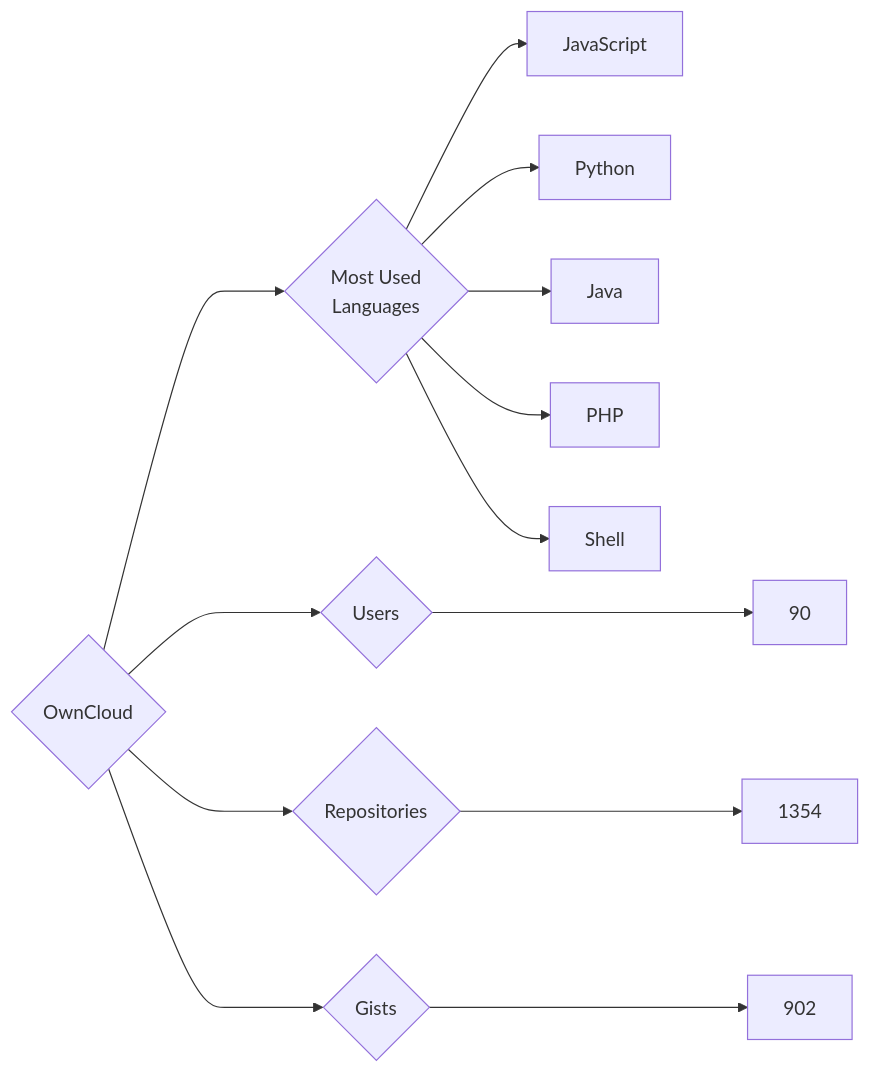
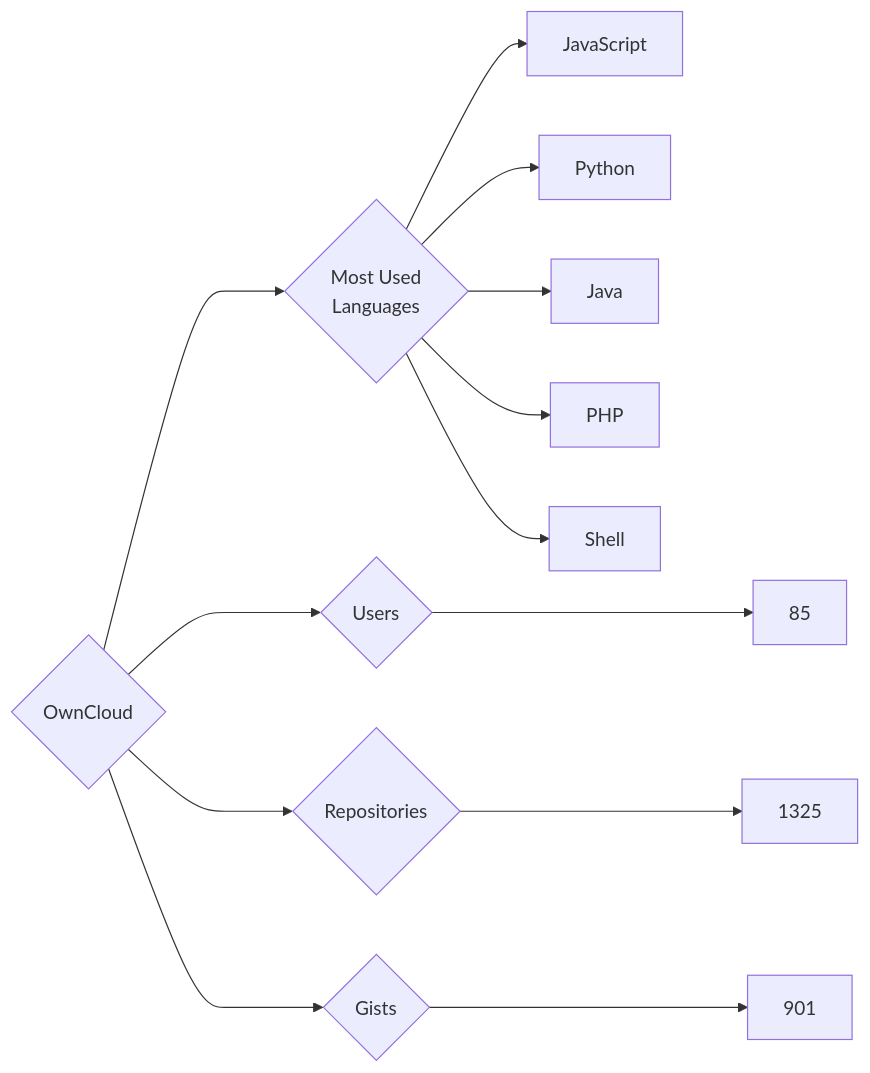
Before and after one commit to trickest/insiders: the diagram in targets/OwnCloud/README.md, drawn with Mermaid. The commit also changed 995 other files, not shown here.

````diff
--- a/targets/OwnCloud/README.md
+++ b/targets/OwnCloud/README.md
@@ -3,13 +3,13 @@
 ```mermaid
 graph LR
 COMPANY_NAME{OwnCloud}
-COMPANY_NAME ---> U{Users} ---> UN[90]
-COMPANY_NAME ---> R{Repositories} ---> RN[1354]
-COMPANY_NAME ---> G{Gists} ---> GN[902]
+COMPANY_NAME ---> U{Users} ---> UN[85]
+COMPANY_NAME ---> R{Repositories} ---> RN[1325]
+COMPANY_NAME ---> G{Gists} ---> GN[901]
 COMPANY_NAME ---> ML{Most Used<br>Languages}
 ML --> JavaScript[JavaScript]
 ML --> Python[Python]
 ML --> Java[Java]
 ML --> PHP[PHP]
 ML --> Shell[Shell]
 ```
````
